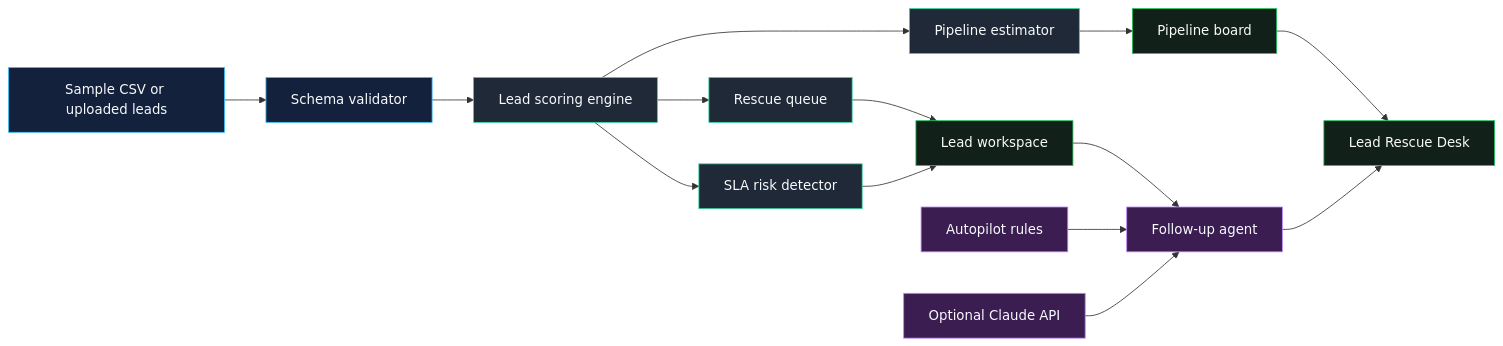
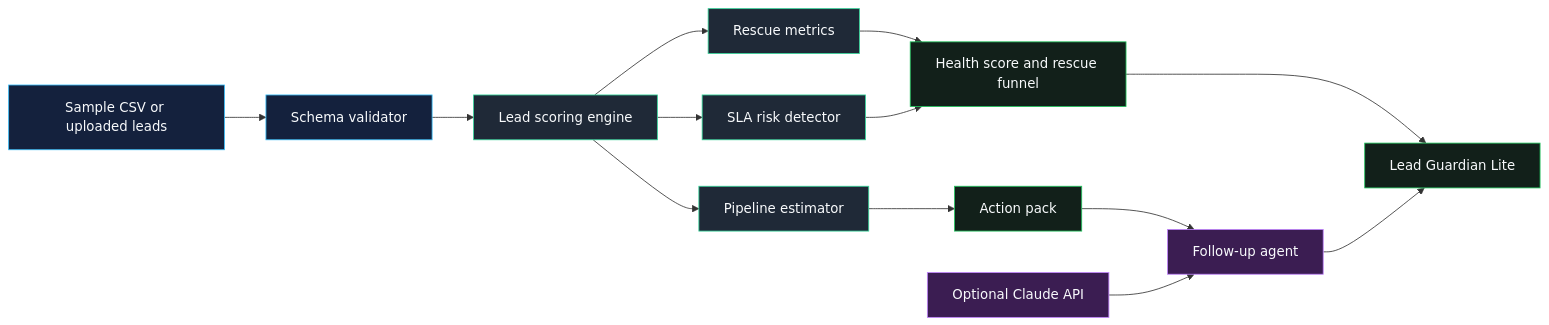
Before and after one commit to Robertcurzon/aristotle-lead-guardian: the diagram in README.md, drawn with Mermaid. The commit also changed other lines of this file and 6 other files, not shown here.

Commit message:
Simplify into lead guardian lite

````diff
--- a/README.md
+++ b/README.md
@@ -28,25 +28,24 @@
 ```mermaid
 flowchart LR
     A["Sample CSV or uploaded leads"] --> B["Schema validator"]
     B --> C["Lead scoring engine"]
-    C --> D["Rescue queue"]
+    C --> D["Rescue metrics"]
     C --> E["SLA risk detector"]
     C --> F["Pipeline estimator"]
-    D --> G["Lead workspace"]
+    D --> G["Health score and rescue funnel"]
     E --> G
-    F --> H["Pipeline board"]
-    G --> I["Follow-up agent"]
-    J["Autopilot rules"] --> I
-    K["Optional Claude API"] --> I
-    H --> L["Lead Rescue Desk"]
-    I --> L
+    F --> H["Action pack"]
+    H --> I["Follow-up agent"]
+    J["Optional Claude API"] --> I
+    G --> K["Lead Guardian Lite"]
+    I --> K
 
     classDef data fill:#14213d,stroke:#38bdf8,color:#f8fafc;
     classDef engine fill:#1f2937,stroke:#34d399,color:#f8fafc;
     classDef agent fill:#3b1d52,stroke:#c084fc,color:#f8fafc;
     classDef app fill:#12201a,stroke:#22c55e,color:#f8fafc;
     class A,B data;
     class C,D,E,F engine;
-    class I,J,K agent;
-    class G,H,L app;
+    class I,J agent;
+    class G,H,K app;
 ```
````
